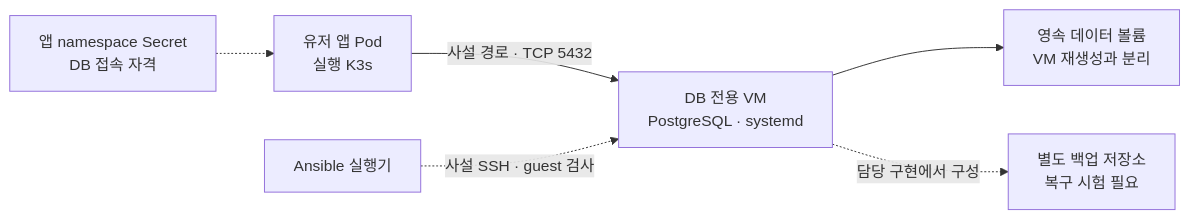
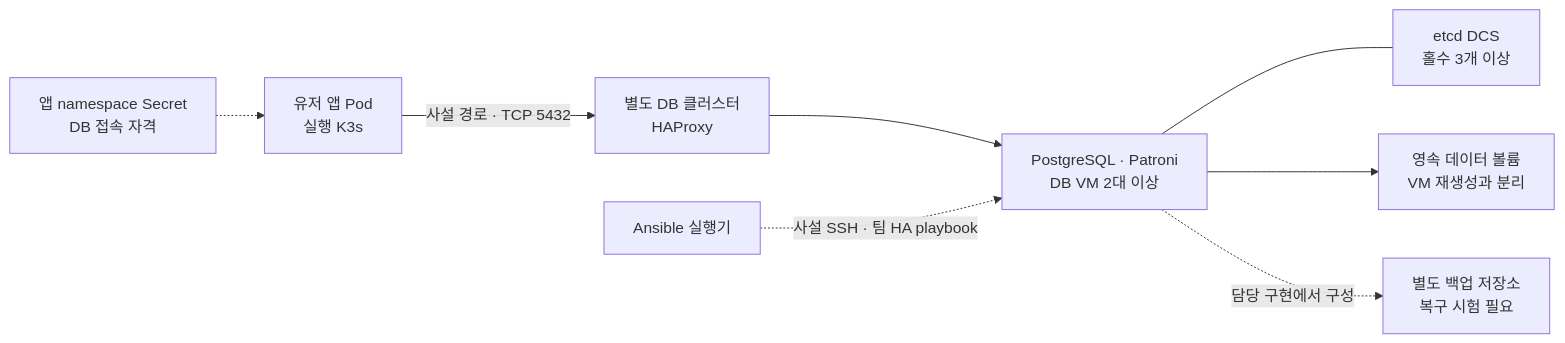
One commit to Jasmin-Softbank/Railshot changed the second of 2 diagrams in docs/api/ansible.md. Above: the diagram before and after it, drawn with Mermaid. The commit also changed other lines of this file and 16 other files, not shown here.

````diff
--- a/docs/api/ansible.md
+++ b/docs/api/ansible.md
@@ -199,8 +209,10 @@
 ```mermaid
 flowchart LR
-    A["유저 앱 Pod<br>실행 K3s"] -->|"사설 경로 · TCP 5432"| D["DB 전용 VM<br>PostgreSQL · systemd"]
+    A["유저 앱 Pod<br>실행 K3s"] -->|"사설 경로 · TCP 5432"| P["별도 DB 클러스터<br>HAProxy"]
+    P --> D["PostgreSQL · Patroni<br>DB VM 2대 이상"]
+    D --- E["etcd DCS<br>홀수 3개 이상"]
     S["앱 namespace Secret<br>DB 접속 자격"] -.-> A
     D --> V["영속 데이터 볼륨<br>VM 재생성과 분리"]
     D -.->|"담당 구현에서 구성"| B["별도 백업 저장소<br>복구 시험 필요"]
-    O["Ansible 실행기"] -.->|"사설 SSH · guest 검사"| D
+    O["Ansible 실행기"] -.->|"사설 SSH · 팀 HA playbook"| D
 ```
````
